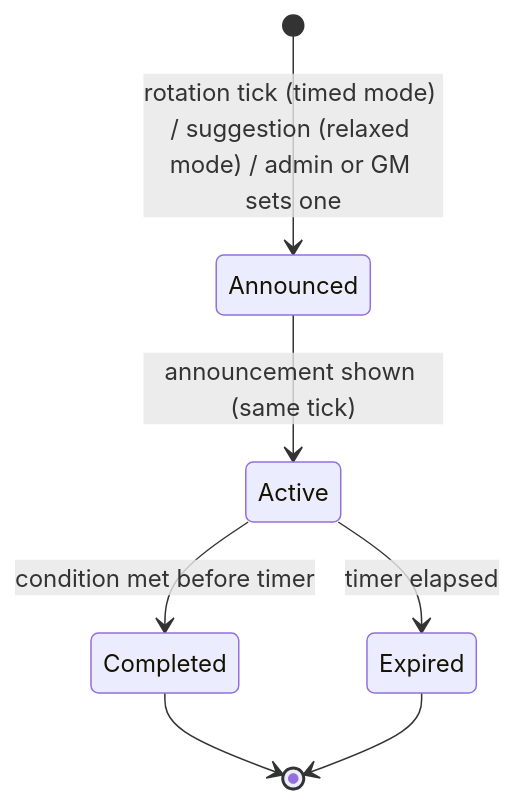
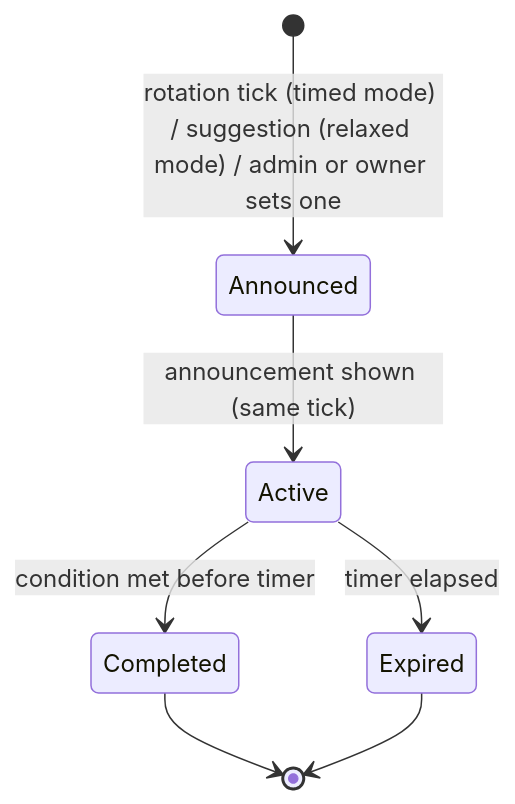
One commit to canthony224/operation-nexus changed the fifth of 20 diagrams in docs/specs/STATE-MACHINES-AND-FLOWS.md. Above: the diagram before and after it, drawn with Mermaid. The commit also changed other lines of this file and 2 other files, not shown here.

````diff
--- a/docs/specs/STATE-MACHINES-AND-FLOWS.md
+++ b/docs/specs/STATE-MACHINES-AND-FLOWS.md
@@ -211,9 +222,9 @@
 ```mermaid
 stateDiagram-v2
-    [*] --> Announced: rotation tick (timed mode) / suggestion (relaxed mode) / admin or GM sets one
+    [*] --> Announced: rotation tick (timed mode) / suggestion (relaxed mode) / admin or owner sets one
     Announced --> Active: announcement shown (same tick)
     Active --> Completed: condition met before timer
     Active --> Expired: timer elapsed
     Completed --> [*]
     Expired --> [*]
 ```
````
